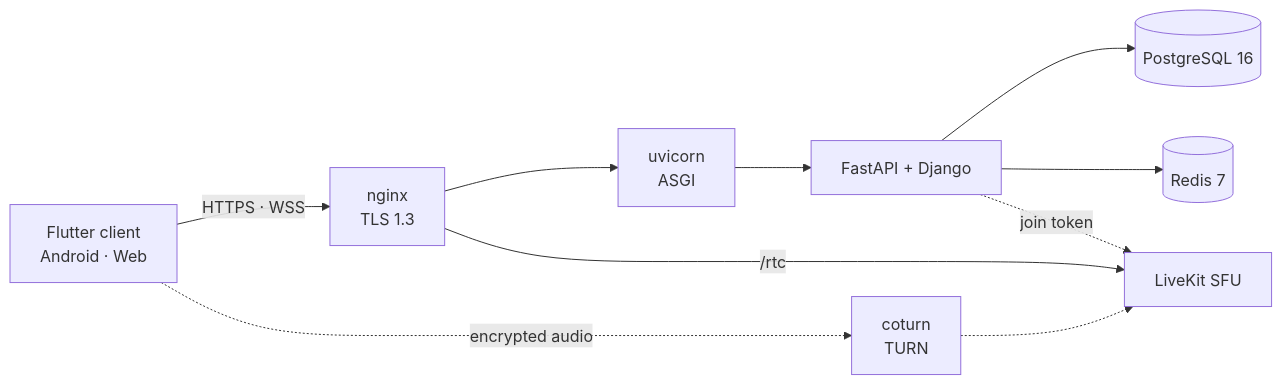
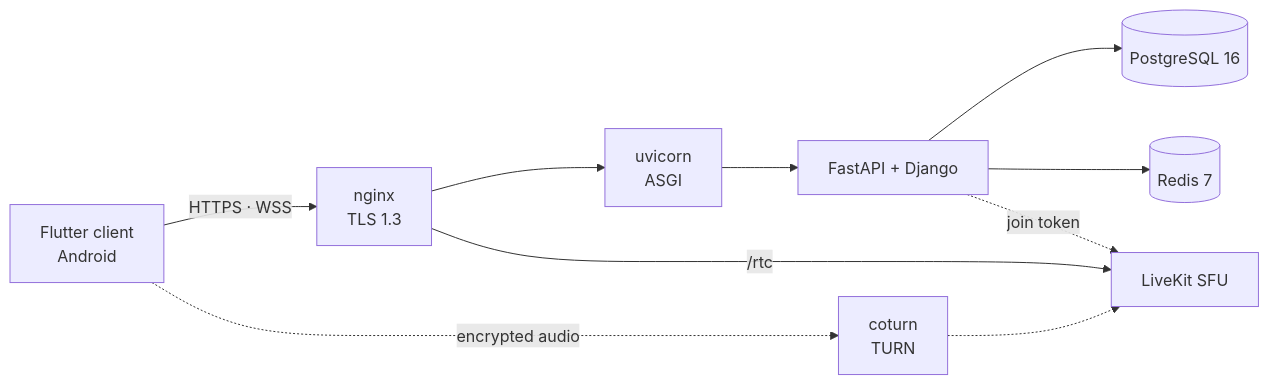
One commit to n-shadloo/communication-platform changed the diagram in README.md. Above: the diagram before and after it, drawn with Mermaid. The commit also changed other lines of this file and 1 other file, not shown here.

First line of the commit message:
docs: name Android as the only client target, and what the client still owes

````diff
--- a/README.md
+++ b/README.md
@@ -53,21 +55,21 @@
 ```mermaid
 flowchart LR
-  C["Flutter client<br/>Android · Web"]
+  C["Flutter client<br/>Android"]
   N["nginx<br/>TLS 1.3"]
   D["uvicorn<br/>ASGI"]
   A["FastAPI + Django"]
   P[("PostgreSQL 16")]
   R[("Redis 7")]
   L["LiveKit SFU"]
   T["coturn<br/>TURN"]
 
   C -->|"HTTPS · WSS"| N
   N --> D
   D --> A
   A --> P
   A --> R
   N -->|"/rtc"| L
   A -.->|"join token"| L
   C -.->|"encrypted audio"| T
   T -.-> L
 ```
````
